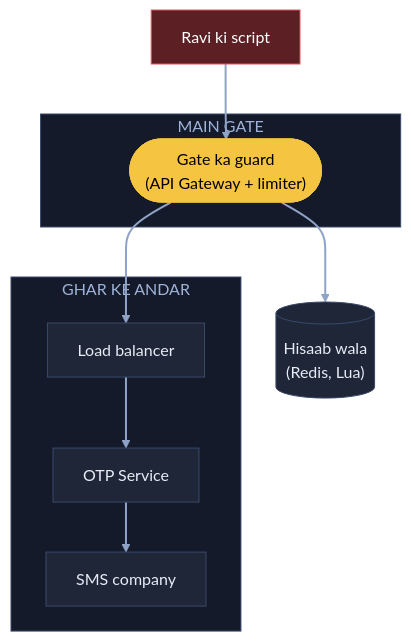
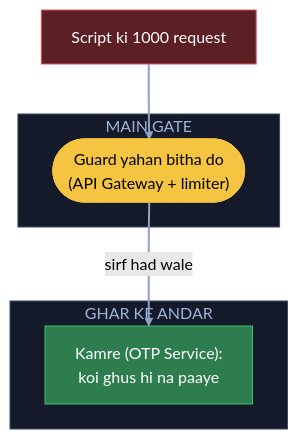
Before and after one commit to ArpanMaheshwari144/Prep: the fifth of 10 diagrams in 04_HLD/SYSTEM_DESIGNS/02_rate_limiter/02_rate_limiter.md, drawn with Mermaid (forest theme). The commit also changed other lines of this file, not shown here.

Commit message:
Rate limiter: 10 diagram hand notes ke shabdon se (K1 naya), K3 me apni jodi line hatai

````diff
--- a/04_HLD/SYSTEM_DESIGNS/02_rate_limiter/02_rate_limiter.md
+++ b/04_HLD/SYSTEM_DESIGNS/02_rate_limiter/02_rate_limiter.md
@@ -139,25 +159,19 @@
 ```mermaid
 flowchart TB
-    U["Ravi ki script"]:::bad
+    U["Script ki 1000 request"]:::bad
     subgraph GT["MAIN GATE"]
-        G(["Gate ka guard<br/>(API Gateway + limiter)"]):::pill
+        G(["Guard yahan bitha do<br/>(API Gateway + limiter)"]):::pill
     end
-    R[("Hisaab wala<br/>(Redis, Lua)")]:::card
     subgraph GH["GHAR KE ANDAR"]
-        LB["Load balancer"]:::card
-        O["OTP Service"]:::card
-        SMS["SMS company"]:::card
+        O["Kamre (OTP Service):<br/>koi ghus hi na paaye"]:::good
     end
     U --> G
-    G --> R
-    G --> LB
-    LB --> O
-    O --> SMS
+    G -- "sirf had wale" --> O
     linkStyle default stroke:#8fa3c7,stroke-width:2px
     classDef card fill:#1e2638,stroke:#3a4a6b,color:#e8ecf5
     classDef pill fill:#f5c542,stroke:#f5c542,color:#000
     classDef good fill:#2e7d4f,stroke:#3fbf6f,color:#fff
     classDef bad fill:#5c1f24,stroke:#e05561,color:#fff
     style GT fill:#141a29,stroke:#3a4a6b,color:#9fb3d9
     style GH fill:#141a29,stroke:#3a4a6b,color:#9fb3d9
 ```
````
